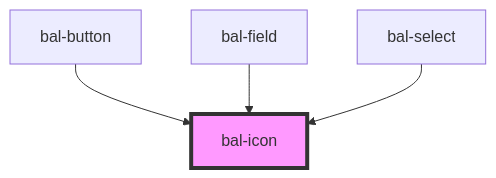
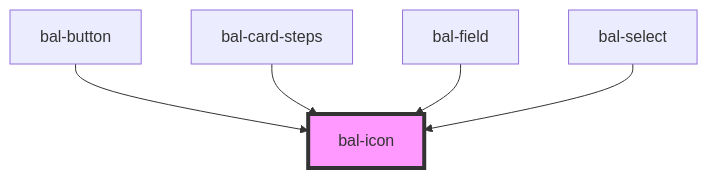
Before and after one commit to baloise/ui-library-next: the diagram in packages/library/src/components/bal-icon/readme.md, drawn with Mermaid. The commit also changed other lines of this file and 4 other files, not shown here.

````diff
--- a/packages/library/src/components/bal-icon/readme.md
+++ b/packages/library/src/components/bal-icon/readme.md
@@ -91,7 +93,8 @@
 ```mermaid
 graph TD;
   bal-button --> bal-icon
+  bal-card-steps --> bal-icon
   bal-field --> bal-icon
   bal-select --> bal-icon
   style bal-icon fill:#f9f,stroke:#333,stroke-width:4px
 ```
````
